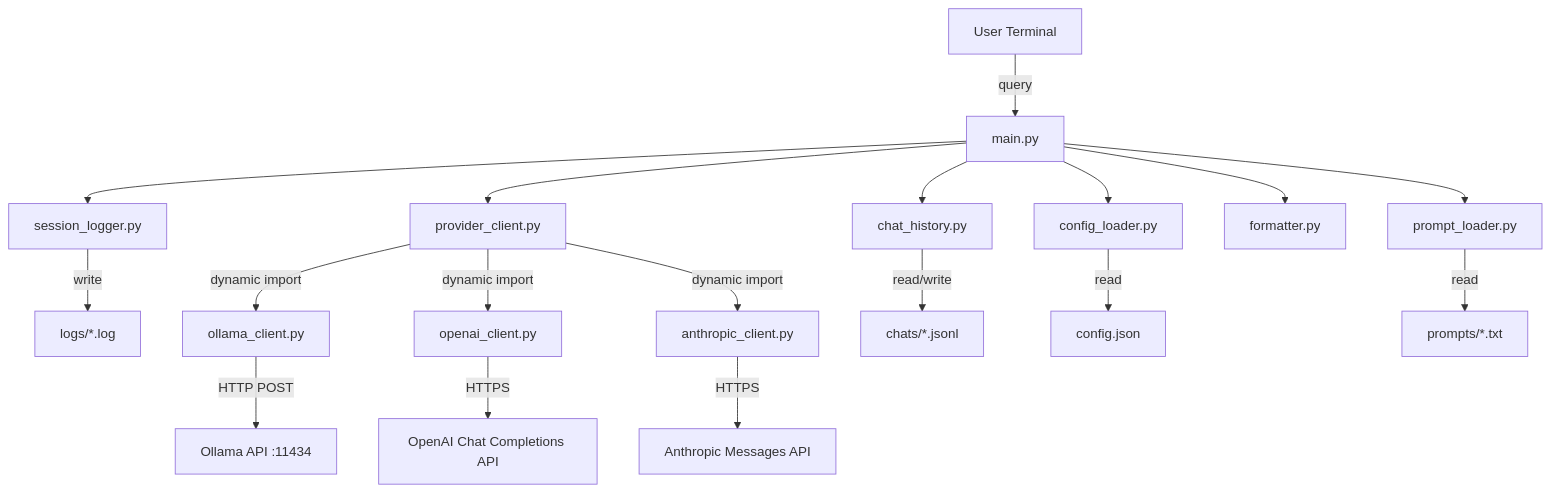
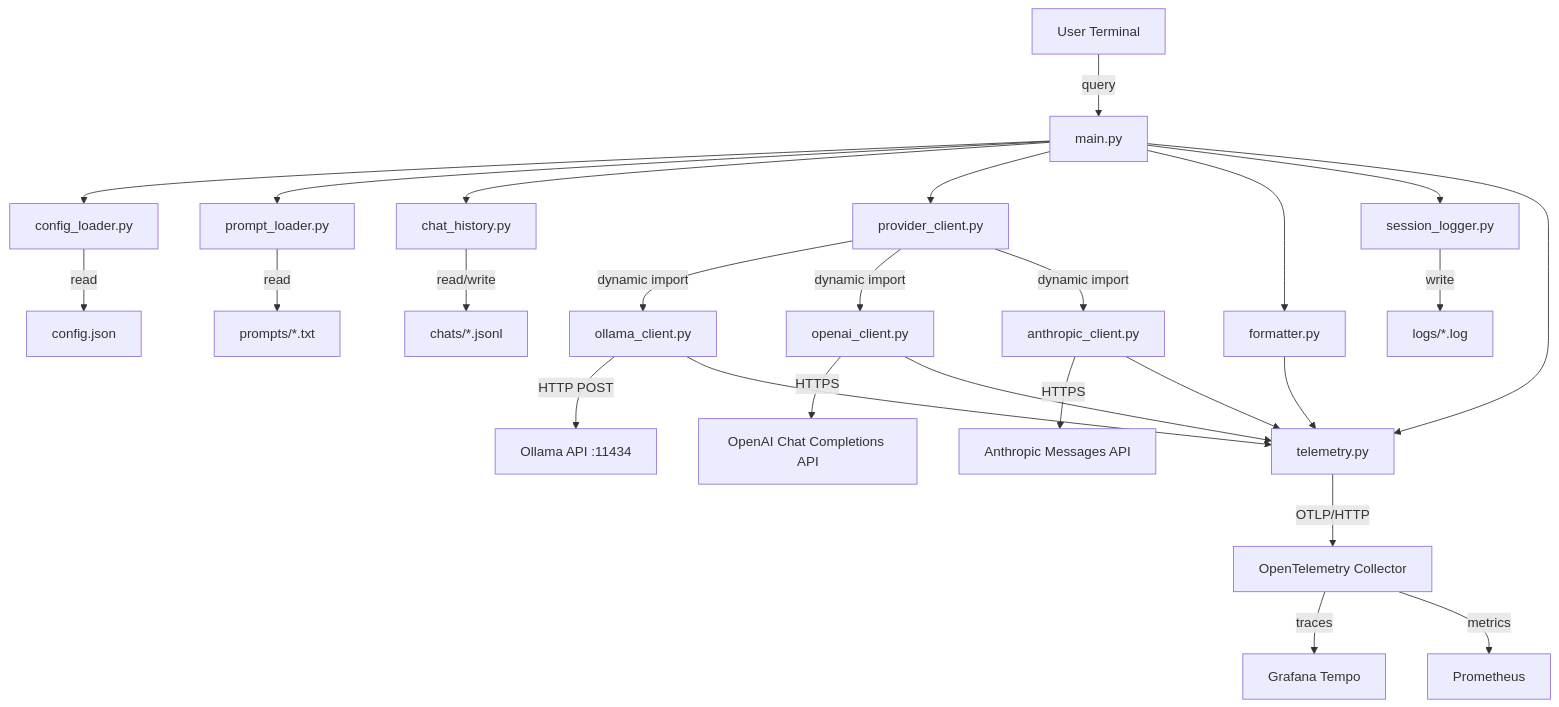
The diagram in docs/architecture.md (ai4sweng/kio1.orchestrator), drawn with Mermaid before and after one commit. The commit also changed other lines of this file and 21 other files, not shown here.

Commit message:
feat: add initial implementation of OpenTelemetry tracing and metrics through Tempo and Prometheus

````diff
--- a/docs/architecture.md
+++ b/docs/architecture.md
@@ -9,20 +9,28 @@
 ```mermaid
 graph TD
     User[User Terminal] -->|query| Main[main.py]
     Main --> ConfigLoader[config_loader.py]
     Main --> PromptLoader[prompt_loader.py]
     Main --> ChatHistory[chat_history.py]
     Main --> ProviderClient[provider_client.py]
     Main --> Formatter[formatter.py]
     Main --> SessionLogger[session_logger.py]
+    Main --> Telemetry[telemetry.py]
     SessionLogger -->|write| LogFiles[logs/*.log]
     ProviderClient -->|dynamic import| OllamaClient[ollama_client.py]
     ProviderClient -->|dynamic import| OpenAIClient[openai_client.py]
     ProviderClient -->|dynamic import| AnthropicClient[anthropic_client.py]
     OllamaClient -->|HTTP POST| Ollama[Ollama API :11434]
     OpenAIClient -->|HTTPS| OpenAIAPI[OpenAI Chat Completions API]
     AnthropicClient -->|HTTPS| AnthropicAPI[Anthropic Messages API]
     ChatHistory -->|read/write| ChatFiles[chats/*.jsonl]
     ConfigLoader -->|read| ConfigFile[config.json]
     PromptLoader -->|read| PromptFile[prompts/*.txt]
+    Formatter --> Telemetry
+    OllamaClient --> Telemetry
+    OpenAIClient --> Telemetry
+    AnthropicClient --> Telemetry
+    Telemetry -->|OTLP/HTTP| Collector[OpenTelemetry Collector]
+    Collector -->|traces| Tempo[Grafana Tempo]
+    Collector -->|metrics| Prometheus[Prometheus]
 ```
````
